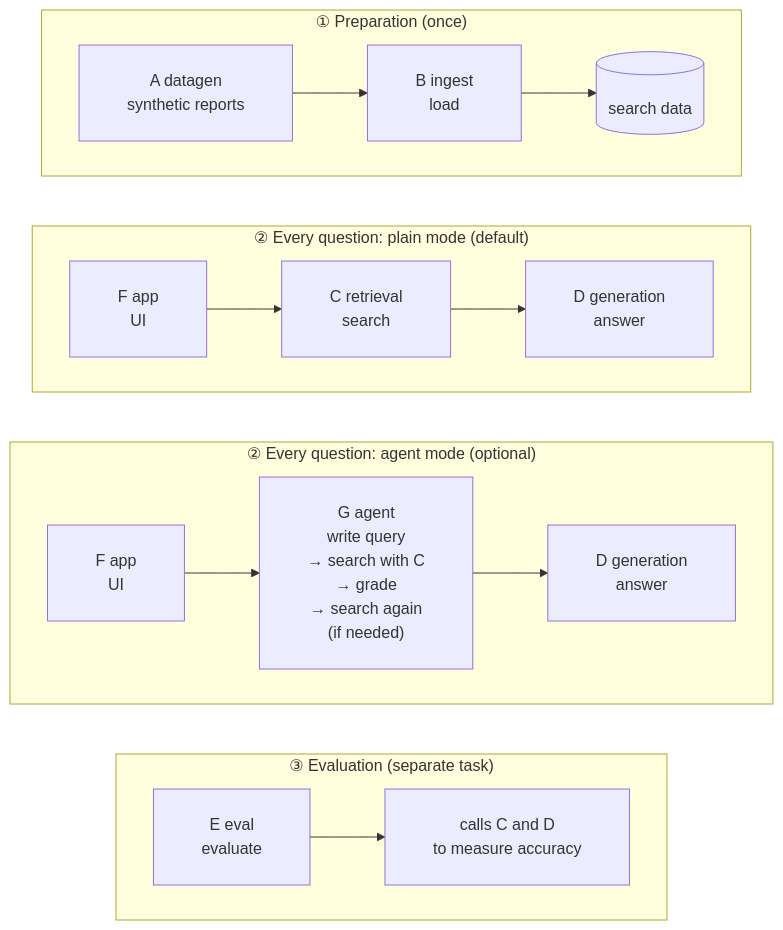
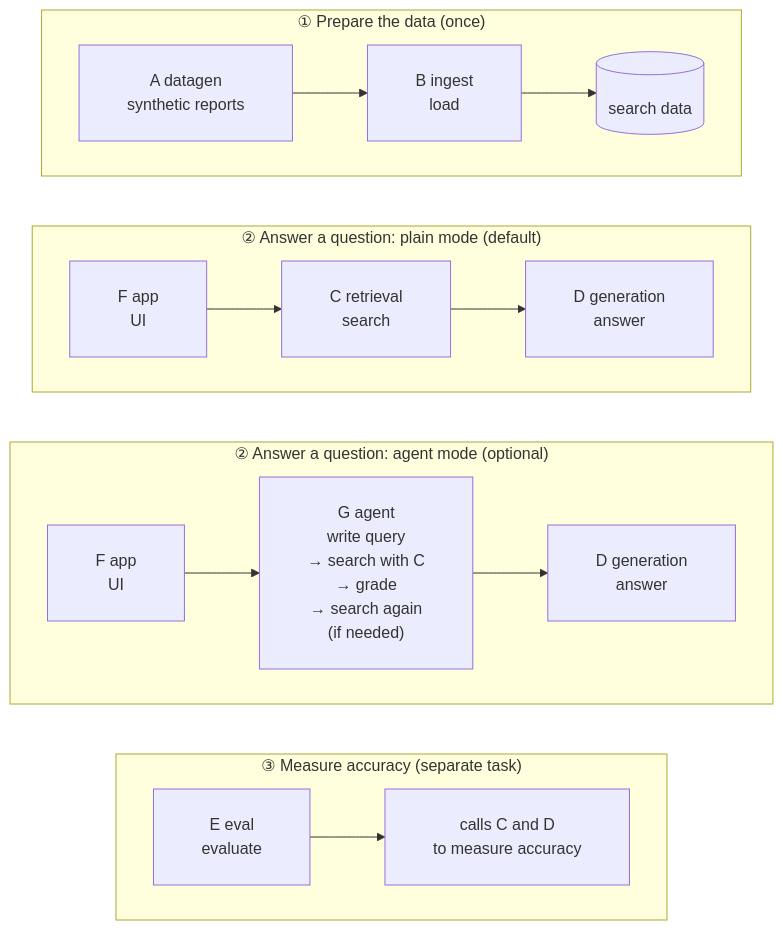
Before and after one commit to satoshi-abe-dev/silo-rag: the first of 3 diagrams in README_en.md, drawn with Mermaid. The commit also changed other lines of this file and 1 other file, not shown here.

Commit message:
Name each part of the architecture picture by what it does
'Every question' only said when a part runs, not what it does. Use
'Answer a question', 'Prepare the data' and 'Measure accuracy' in the diagram
titles and in the three bullets under it, in both languages.

````diff
--- a/README_en.md
+++ b/README_en.md
@@ -125,23 +125,23 @@
 ```mermaid
 %%{init: {"flowchart": {"padding": 24, "wrappingWidth": 400}}}%%
 graph TB
-    subgraph prep["① Preparation (once)"]
+    subgraph prep["① Prepare the data (once)"]
         direction LR
         A["A datagen<br/>synthetic reports"] --> B["B ingest<br/>load"] --> DB[("search data")]
     end
-    subgraph plain["② Every question: plain mode (default)"]
+    subgraph plain["② Answer a question: plain mode (default)"]
         direction LR
         F1["F app<br/>UI"] --> C1["C retrieval<br/>search"] --> D1["D generation<br/>answer"]
     end
-    subgraph agent["② Every question: agent mode (optional)"]
+    subgraph agent["② Answer a question: agent mode (optional)"]
         direction LR
         F2["F app<br/>UI"] --> G["G agent<br/>write query<br/>→ search with C<br/>→ grade<br/>→ search again<br/>(if needed)"] --> D2["D generation<br/>answer"]
     end
-    subgraph ev["③ Evaluation (separate task)"]
+    subgraph ev["③ Measure accuracy (separate task)"]
         direction LR
         E["E eval<br/>evaluate"] --> CD["calls C and D<br/>to measure accuracy"]
     end
     prep ~~~ plain
     plain ~~~ agent
     agent ~~~ ev
 ```
````
